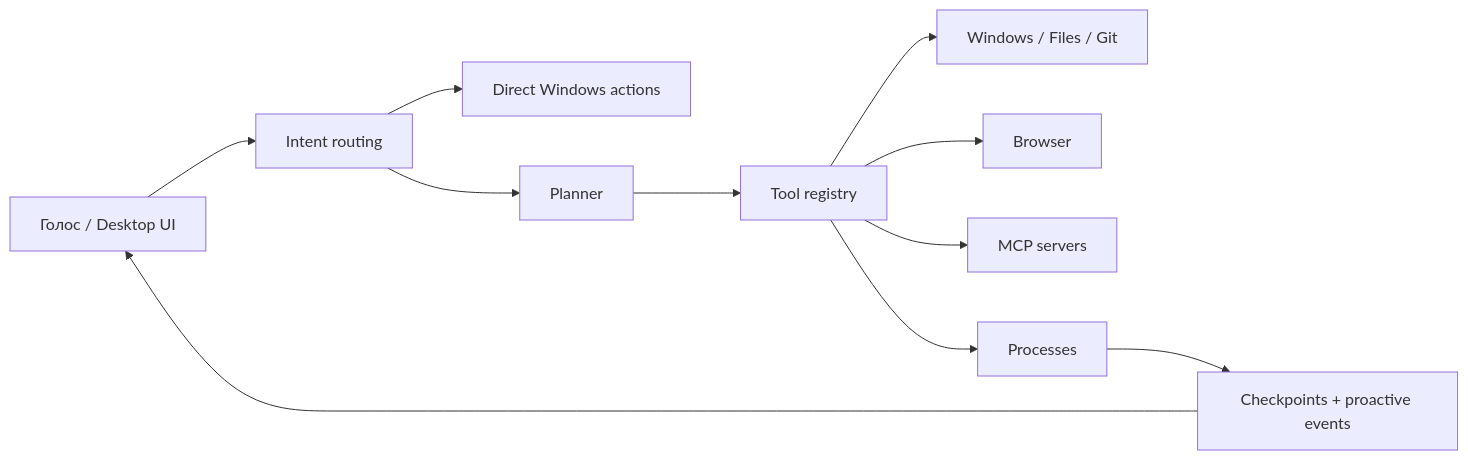
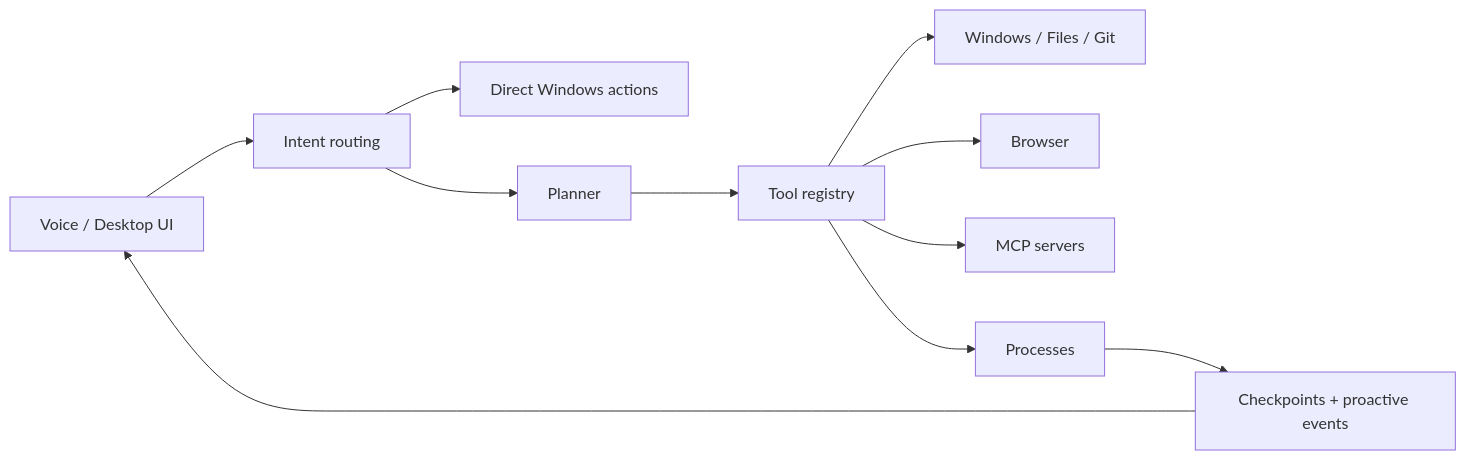
One commit to KremlevLev/Rynne changed the diagram in README.md. Above: the diagram before and after it, drawn with Mermaid. The commit also changed other lines of this file and 2 other files, not shown here.

````diff
--- a/README.md
+++ b/README.md
@@ -407,13 +365,13 @@
 ```mermaid
 flowchart LR
-    U["Голос / Desktop UI"] --> I["Intent routing"]
+    U["Voice / Desktop UI"] --> I["Intent routing"]
     I --> D["Direct Windows actions"]
     I --> P["Planner"]
     P --> R["Tool registry"]
     R --> W["Windows / Files / Git"]
     R --> B["Browser"]
     R --> M["MCP servers"]
     R --> X["Processes"]
     X --> C["Checkpoints + proactive events"]
     C --> U
 ```
````
